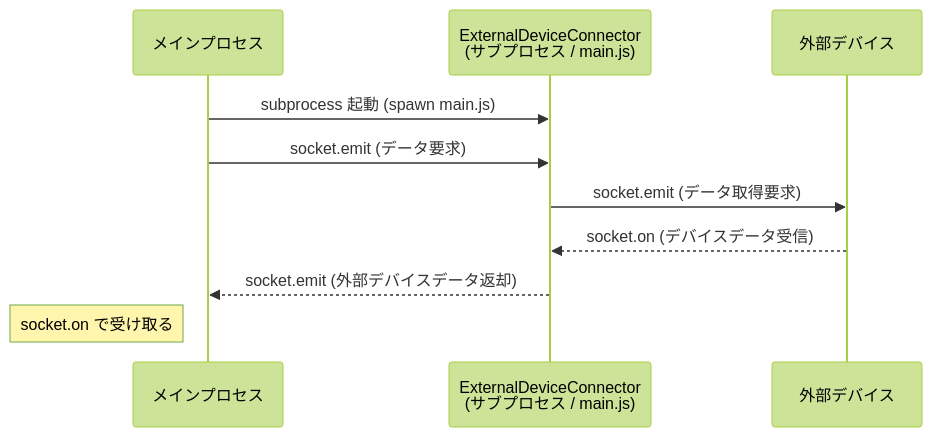
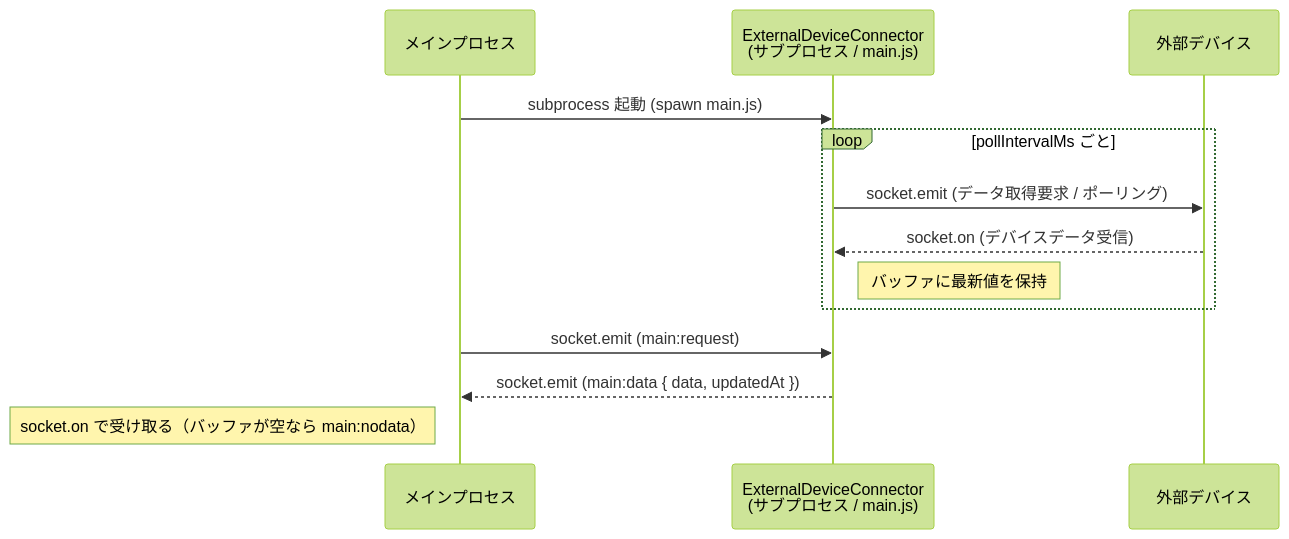
Before and after one commit to FourHyphen/private_work: the diagram in javascript/DeviceConnect/ExternalDeviceConnector/ReadMe.md, drawn with Mermaid (forest theme). The commit also changed other lines of this file and 4 other files, not shown here.

````diff
--- a/javascript/DeviceConnect/ExternalDeviceConnector/ReadMe.md
+++ b/javascript/DeviceConnect/ExternalDeviceConnector/ReadMe.md
@@ -67,14 +71,18 @@
 ```mermaid
 sequenceDiagram
     participant MP as メインプロセス
     participant EDC as ExternalDeviceConnector<br/>(サブプロセス / main.js)
     participant ED as 外部デバイス
 
     MP->>EDC: subprocess 起動 (spawn main.js)
 
-    MP->>EDC: socket.emit (データ要求)
-    EDC->>ED: socket.emit (データ取得要求)
-    ED-->>EDC: socket.on (デバイスデータ受信)
-    EDC-->>MP: socket.emit (外部デバイスデータ返却)
-    Note left of MP: socket.on で受け取る
+    loop pollIntervalMs ごと
+        EDC->>ED: socket.emit (データ取得要求 / ポーリング)
+        ED-->>EDC: socket.on (デバイスデータ受信)
+        Note right of EDC: バッファに最新値を保持
+    end
+
+    MP->>EDC: socket.emit (main:request)
+    EDC-->>MP: socket.emit (main:data { data, updatedAt })
+    Note left of MP: socket.on で受け取る（バッファが空なら main:nodata）
 ```
````
